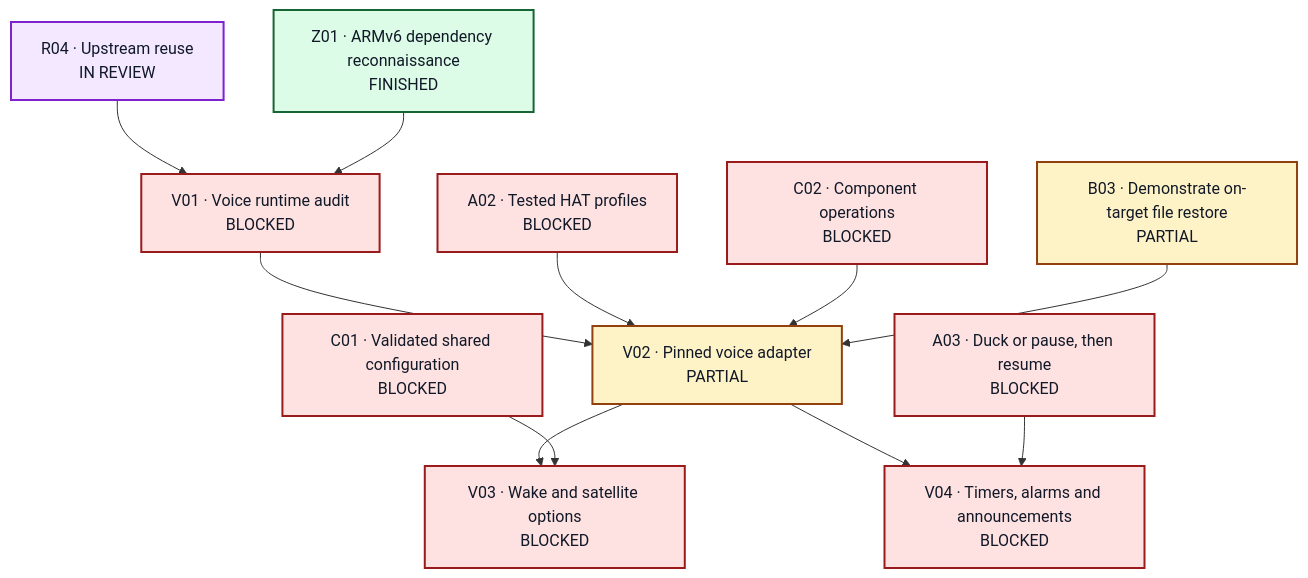
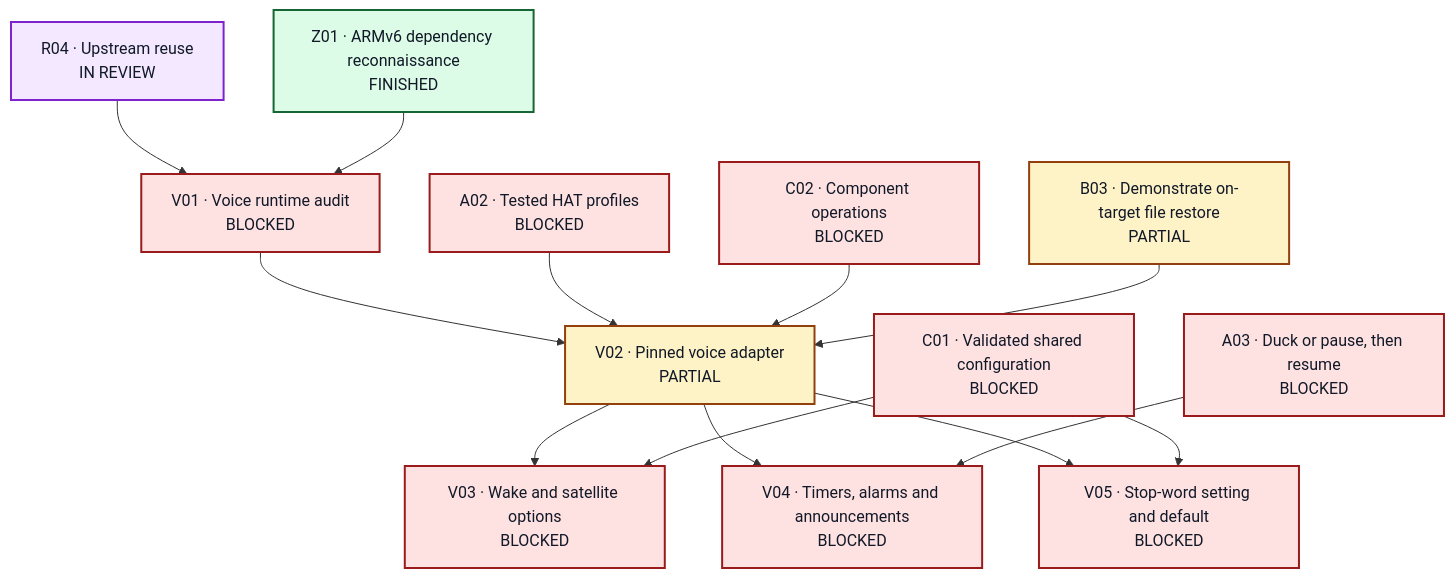
Before and after one commit to Joldiges/debra: the tenth of 17 diagrams in docs/progress.md, drawn with Mermaid. The commit also changed other lines of this file and 8 other files, not shown here.

First line of the commit message:
Record the measured LVA saving and prepare the stop-word setting card

````diff
--- a/docs/progress.md
+++ b/docs/progress.md
@@ -510,30 +510,33 @@
 ```mermaid
 flowchart TD
     R04["R04 · Upstream reuse<br/>IN REVIEW"]:::review
     C01["C01 · Validated shared configuration<br/>BLOCKED"]:::blocked
     C02["C02 · Component operations<br/>BLOCKED"]:::blocked
     A02["A02 · Tested HAT profiles<br/>BLOCKED"]:::blocked
     A03["A03 · Duck or pause, then resume<br/>BLOCKED"]:::blocked
     V01["V01 · Voice runtime audit<br/>BLOCKED"]:::blocked
     V02["V02 · Pinned voice adapter<br/>PARTIAL"]:::partial
     V03["V03 · Wake and satellite options<br/>BLOCKED"]:::blocked
     V04["V04 · Timers, alarms and announcements<br/>BLOCKED"]:::blocked
+    V05["V05 · Stop-word setting and default<br/>BLOCKED"]:::blocked
     Z01["Z01 · ARMv6 dependency reconnaissance<br/>FINISHED"]:::finished
     B03["B03 · Demonstrate on-target file restore<br/>PARTIAL"]:::partial
     R04 --> V01
     Z01 --> V01
     V01 --> V02
     A02 --> V02
     C02 --> V02
     B03 --> V02
     V02 --> V03
     C01 --> V03
     V02 --> V04
     A03 --> V04
+    V02 --> V05
+    C01 --> V05
     classDef finished fill:#dcfce7,stroke:#166534,color:#111827,stroke-width:2px;
     classDef running fill:#dbeafe,stroke:#1e40af,color:#111827,stroke-width:2px;
     classDef review fill:#f3e8ff,stroke:#7e22ce,color:#111827,stroke-width:2px;
     classDef partial fill:#fef3c7,stroke:#92400e,color:#111827,stroke-width:2px;
     classDef blocked fill:#fee2e2,stroke:#991b1b,color:#111827,stroke-width:2px;
     classDef untouched fill:#f1f5f9,stroke:#475569,color:#111827,stroke-width:2px;
 ```
````
